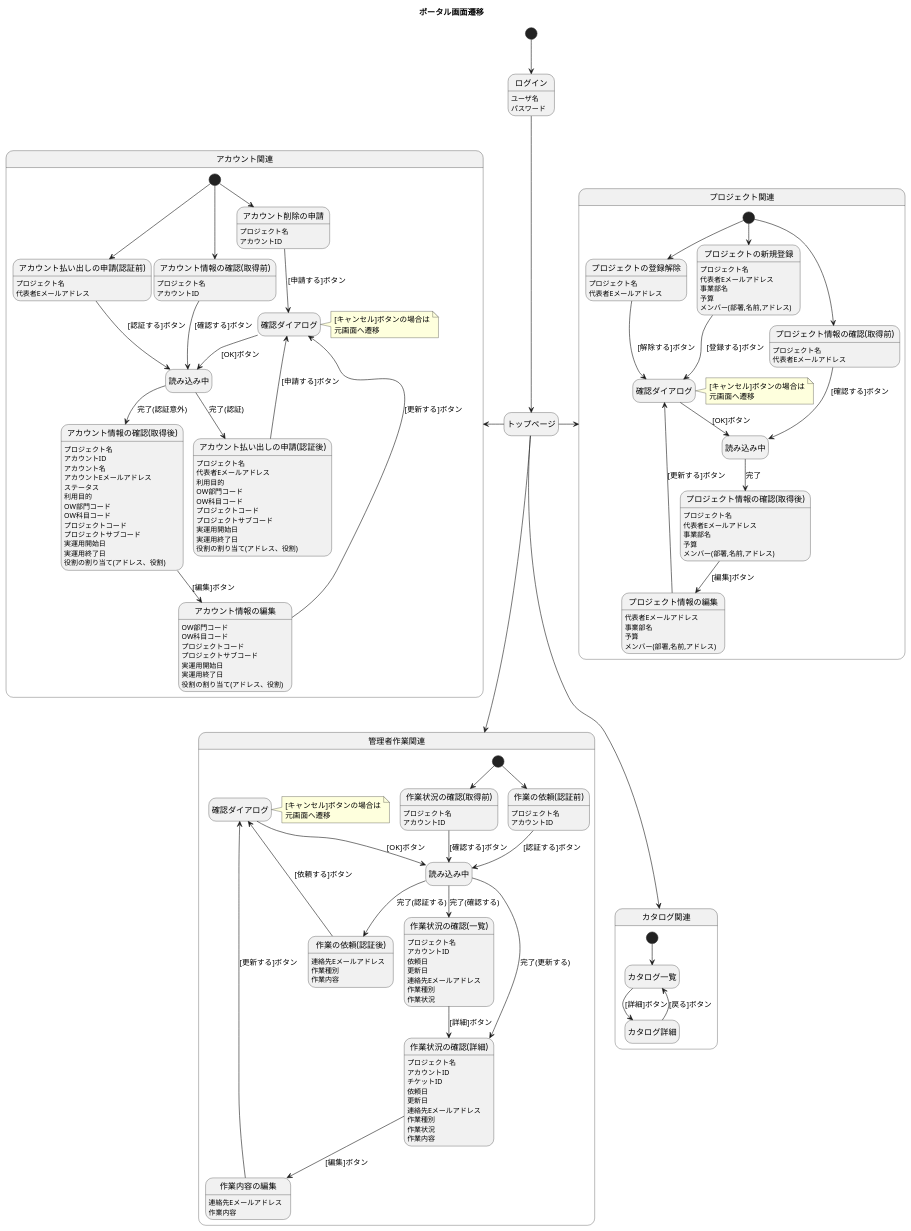
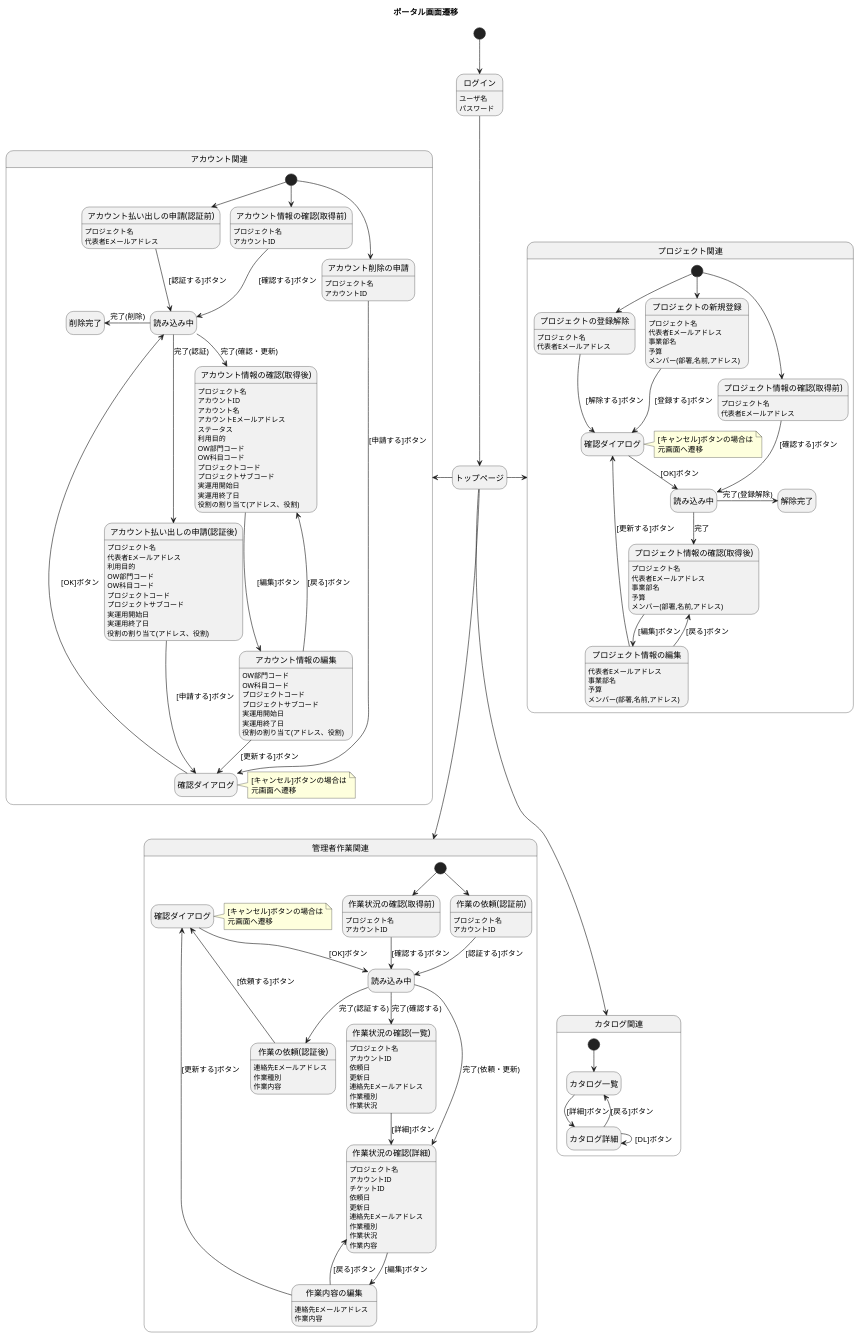
The diagram in doc/diagram/state-machine/ScreenTransition.pu (shimizu-jkc/orbit-portal-frontend), drawn with PlantUML before and after one commit. The commit also changed 32 other files, not shown here.

Commit message:
Add base architecture and mock

```diff
--- a/doc/diagram/state-machine/ScreenTransition.pu
+++ b/doc/diagram/state-machine/ScreenTransition.pu
@@ -1,172 +1,180 @@
 @startuml
 hide empty description
 title ポータル画面遷移
 
 state "ログイン" as login
 	login: ユーザ名
 	login: パスワード
 state "トップページ" as top
 
 [*] --> login
 login --> top
 top -right-> プロジェクト関連
 top -left-> アカウント関連
 top -down-> 管理者作業関連
 top --> カタログ関連
 
 state プロジェクト関連 {
 	state "プロジェクトの新規登録" as pcreate
 		pcreate: プロジェクト名
 		pcreate: 代表者Eメールアドレス
 		pcreate: 事業部名
 		pcreate: 予算
 		pcreate: メンバー(部署,名前,アドレス)
 	state "プロジェクト情報の確認(取得前)" as pget
 		pget: プロジェクト名
 		pget: 代表者Eメールアドレス
 	state "プロジェクト情報の確認(取得後)" as pget2
 		pget2: プロジェクト名
 		pget2: 代表者Eメールアドレス
 		pget2: 事業部名
 		pget2: 予算
 		pget2: メンバー(部署,名前,アドレス)
 	state "プロジェクト情報の編集" as pupdate
 		pupdate: 代表者Eメールアドレス
 		pupdate: 事業部名
 		pupdate: 予算
 		pupdate: メンバー(部署,名前,アドレス)		
 	state "プロジェクトの登録解除" as pdelete
 		pdelete: プロジェクト名
 		pdelete: 代表者Eメールアドレス
 	state "確認ダイアログ" as pconfirm
 		note right of pconfirm : [キャンセル]ボタンの場合は\n元画面へ遷移
 	state "読み込み中" as pload
+	state "解除完了" as pgoodbye
 	[*] --> pcreate
 	[*] --> pget
 	[*] --> pdelete
 	pcreate --> pconfirm : [登録する]ボタン
 	pget --> pload : [確認する]ボタン
 	pget2 --> pupdate : [編集]ボタン
+	pupdate --> pget2 : [戻る]ボタン
 	pupdate --> pconfirm : [更新する]ボタン
 	pdelete --> pconfirm : [解除する]ボタン
 	pconfirm --> pload : [OK]ボタン
 	pload --> pget2 : 完了
+	pload -right-> pgoodbye : 完了(登録解除)
 }
 
 state アカウント関連 {
 	state "アカウント払い出しの申請(認証前)" as acreate
 		acreate: プロジェクト名
 		acreate: 代表者Eメールアドレス
 	state "アカウント払い出しの申請(認証後)" as acreate2
 		acreate2: プロジェクト名
 		acreate2: 代表者Eメールアドレス
 		acreate2: 利用目的
 		acreate2: OW部門コード
 		acreate2: OW科目コード
 		acreate2: プロジェクトコード
 		acreate2: プロジェクトサブコード
 		acreate2: 実運用開始日
 		acreate2: 実運用終了日
 		acreate2: 役割の割り当て(アドレス、役割)
 	state "アカウント情報の確認(取得前)" as aget
 		aget: プロジェクト名
 		aget: アカウントID
 	state "アカウント情報の確認(取得後)" as aget2
 		aget2: プロジェクト名
 		aget2: アカウントID
 		aget2: アカウント名
 		aget2: アカウントEメールアドレス
 		aget2: ステータス
 		aget2: 利用目的
 		aget2: OW部門コード
 		aget2: OW科目コード
 		aget2: プロジェクトコード
 		aget2: プロジェクトサブコード
 		aget2: 実運用開始日
 		aget2: 実運用終了日
 		aget2: 役割の割り当て(アドレス、役割)
 	state "アカウント情報の編集" as aupdate
 		aupdate: OW部門コード
 		aupdate: OW科目コード
 		aupdate: プロジェクトコード
 		aupdate: プロジェクトサブコード
 		aupdate: 実運用開始日
 		aupdate: 実運用終了日
 		aupdate: 役割の割り当て(アドレス、役割)
 	state "アカウント削除の申請" as adelete
 		adelete: プロジェクト名
 		adelete: アカウントID
 	state "確認ダイアログ" as aconfirm
 		note right of aconfirm : [キャンセル]ボタンの場合は\n元画面へ遷移
 	state "読み込み中" as aload
+	state "削除完了" as agoodbye
 	[*] --> acreate
 	[*] --> aget
 	[*] --> adelete
 	acreate --> aload : [認証する]ボタン
 	aload --> acreate2 : 完了(認証)
 	acreate2 --> aconfirm : [申請する]ボタン
 	aget --> aload : [確認する]ボタン
 	aget2 --> aupdate : [編集]ボタン
+	aupdate --> aget2 : [戻る]ボタン
 	aupdate --> aconfirm : [更新する]ボタン
 	adelete --> aconfirm : [申請する]ボタン
 	aconfirm --> aload : [OK]ボタン
-	aload --> aget2 : 完了(認証意外)
+	aload --> aget2 : 完了(確認・更新)
+	aload -left-> agoodbye : 完了(削除)
 }
 
 state 管理者作業関連 {
 	state "作業の依頼(認証前)" as tcreate
 		tcreate: プロジェクト名
 		tcreate: アカウントID
 	state "作業の依頼(認証後)" as tcreate2
 		tcreate2: 連絡先Eメールアドレス
 		tcreate2: 作業種別
 		tcreate2: 作業内容
 	state "作業状況の確認(取得前)" as tget
 		tget: プロジェクト名
 		tget: アカウントID	
 	state "作業状況の確認(一覧)" as tget2
 		tget2: プロジェクト名
 		tget2: アカウントID	
 		tget2: 依頼日
 		tget2: 更新日
 		tget2: 連絡先Eメールアドレス
 		tget2: 作業種別
 		tget2: 作業状況
 	state "作業状況の確認(詳細)" as tget3
 		tget3: プロジェクト名
 		tget3: アカウントID	
 		tget3: チケットID	
 		tget3: 依頼日
 		tget3: 更新日
 		tget3: 連絡先Eメールアドレス
 		tget3: 作業種別
 		tget3: 作業状況
 		tget3: 作業内容
 	state "作業内容の編集" as tupdate
 		tupdate: 連絡先Eメールアドレス
 		tupdate: 作業内容
 	state "確認ダイアログ" as tconfirm
 		note right of tconfirm : [キャンセル]ボタンの場合は\n元画面へ遷移
 	state "読み込み中" as tload
 	[*] --> tcreate
 	[*] --> tget
 	tcreate --> tload : [認証する]ボタン
 	tload --> tcreate2 : 完了(認証する)
 	tcreate2 --> tconfirm : [依頼する]ボタン
 	tget --> tload : [確認する]ボタン
 	tload --> tget2 : 完了(確認する)
 	tget2 --> tget3 : [詳細]ボタン
 	tget3 --> tupdate : [編集]ボタン
+	tupdate --> tget3 : [戻る]ボタン
 	tupdate --> tconfirm : [更新する]ボタン
 	tconfirm --> tload : [OK]ボタン
-	tload --> tget3 : 完了(更新する)
+	tload --> tget3 : 完了(依頼・更新)
 }
 
 state カタログ関連 {
 	state "カタログ一覧" as list
 	state "カタログ詳細" as detail
 	[*] --> list
 	list --> detail : [詳細]ボタン
+	detail --> detail : [DL]ボタン
 	detail --> list : [戻る]ボタン
 }
 @enduml
```
